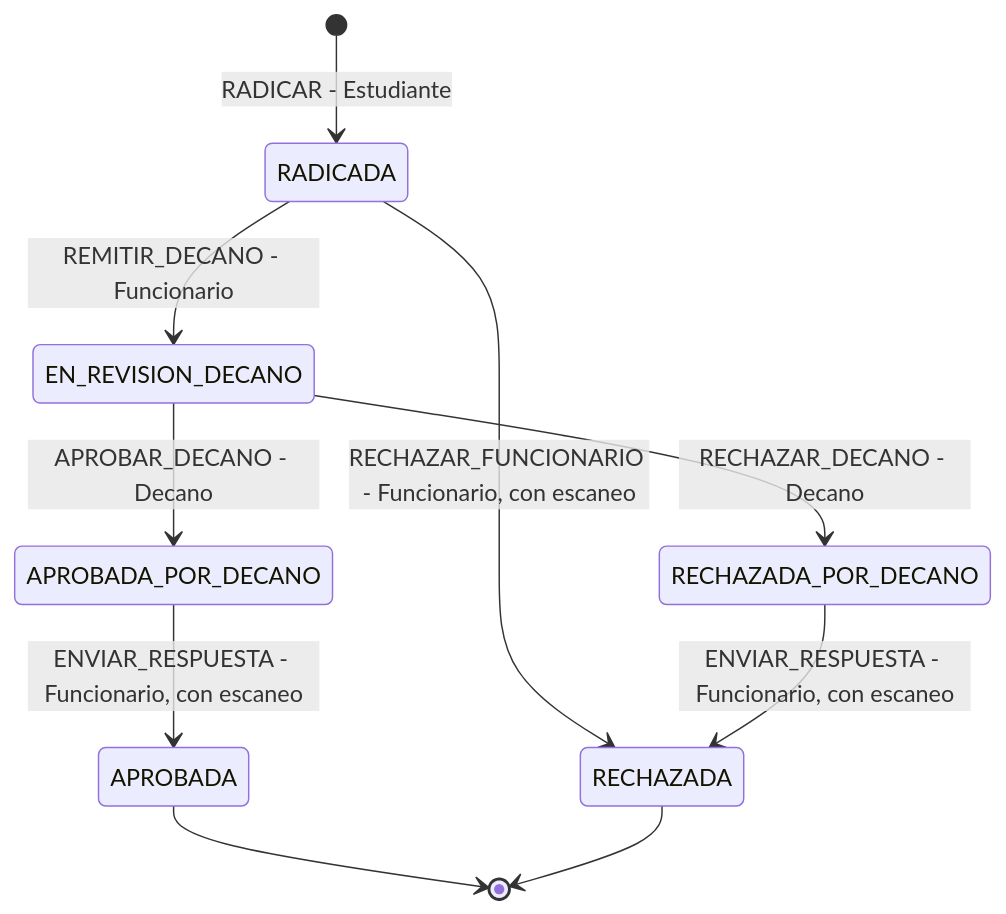
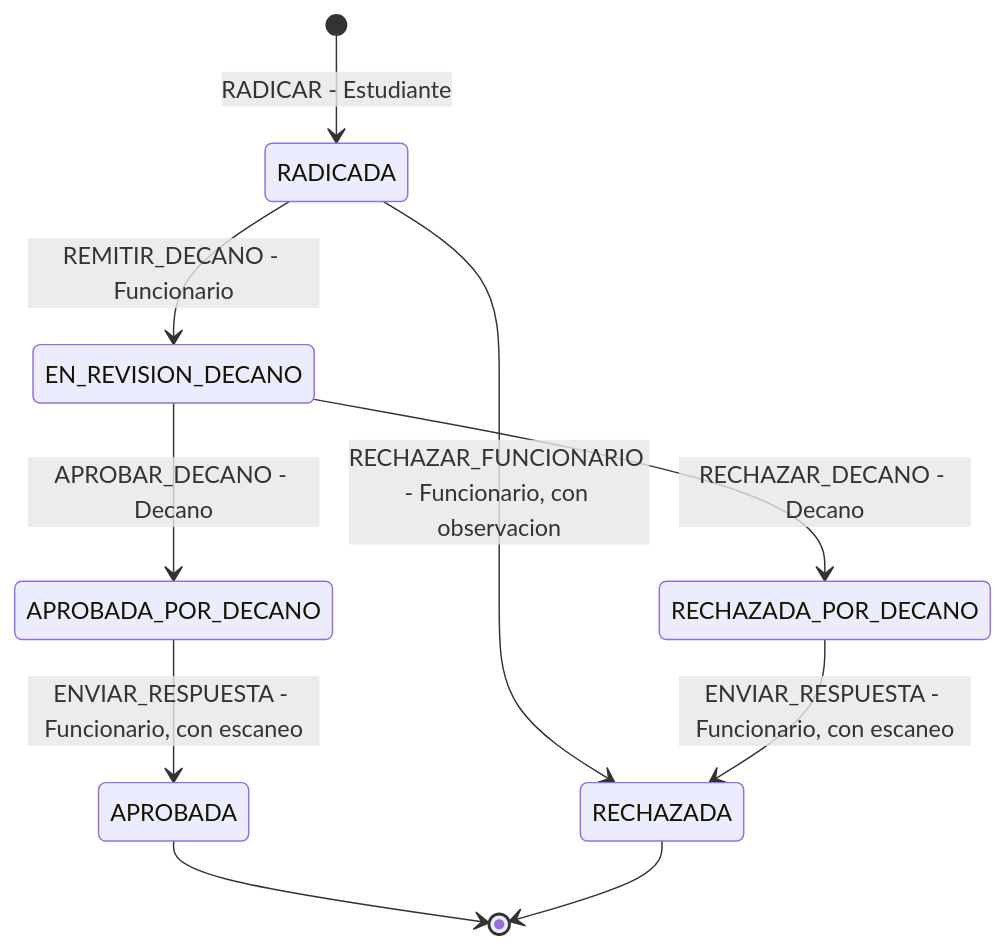
Before and after one commit to CamiloBonilla1226/Gestion-Procesos-Academicos-FIET: the first of 5 diagrams in docs/analisis/09-flujos-y-estados.md, drawn with Mermaid. The commit also changed other lines of this file and 105 other files, not shown here.

````diff
--- a/docs/analisis/09-flujos-y-estados.md
+++ b/docs/analisis/09-flujos-y-estados.md
@@ -326,12 +332,12 @@
 ```mermaid
 stateDiagram-v2
     [*] --> RADICADA : RADICAR - Estudiante
-    RADICADA --> RECHAZADA : RECHAZAR_FUNCIONARIO - Funcionario, con escaneo
+    RADICADA --> RECHAZADA : RECHAZAR_FUNCIONARIO - Funcionario, con observacion
     RADICADA --> EN_REVISION_DECANO : REMITIR_DECANO - Funcionario
     EN_REVISION_DECANO --> APROBADA_POR_DECANO : APROBAR_DECANO - Decano
     EN_REVISION_DECANO --> RECHAZADA_POR_DECANO : RECHAZAR_DECANO - Decano
     APROBADA_POR_DECANO --> APROBADA : ENVIAR_RESPUESTA - Funcionario, con escaneo
     RECHAZADA_POR_DECANO --> RECHAZADA : ENVIAR_RESPUESTA - Funcionario, con escaneo
     APROBADA --> [*]
     RECHAZADA --> [*]
 ```
````
